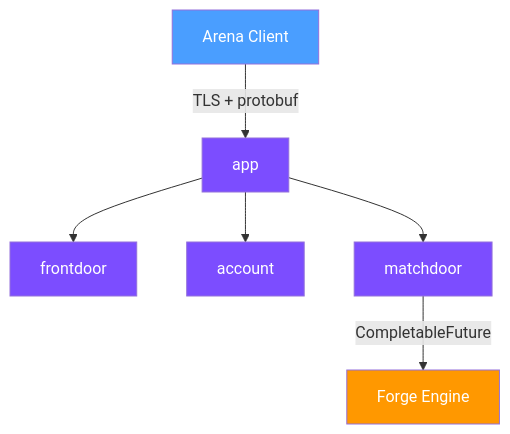
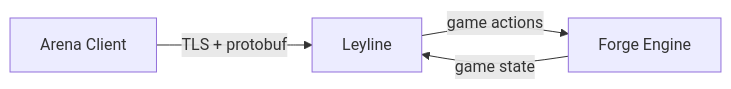
The diagram in README.md (delebedev/leyline), drawn with Mermaid before and after one commit. The commit also changed other lines of this file and 2 other files, not shown here.

````diff
--- a/README.md
+++ b/README.md
@@ -53,22 +34,6 @@
 ```mermaid
-graph TB
-    CLIENT["Arena Client"]
-    APP["app"]
-    FD["frontdoor"]
-    ACCT["account"]
-    MD["matchdoor"]
-    ENGINE["Forge Engine"]
-
-    CLIENT -- "TLS + protobuf" --> APP
-    APP --> FD
-    APP --> ACCT
-    APP --> MD
-    MD -- "CompletableFuture" --> ENGINE
-
-    style CLIENT fill:#4a9eff,color:#fff
-    style APP fill:#7c4dff,color:#fff
-    style FD fill:#7c4dff,color:#fff
-    style ACCT fill:#7c4dff,color:#fff
-    style MD fill:#7c4dff,color:#fff
-    style ENGINE fill:#ff9800,color:#fff
+graph LR
+    CLIENT["Arena Client"] -- "TLS + protobuf" --> LEYLINE["Leyline"]
+    LEYLINE -- "game actions" --> FORGE["Forge Engine"]
+    FORGE -- "game state" --> LEYLINE
 ```
````
